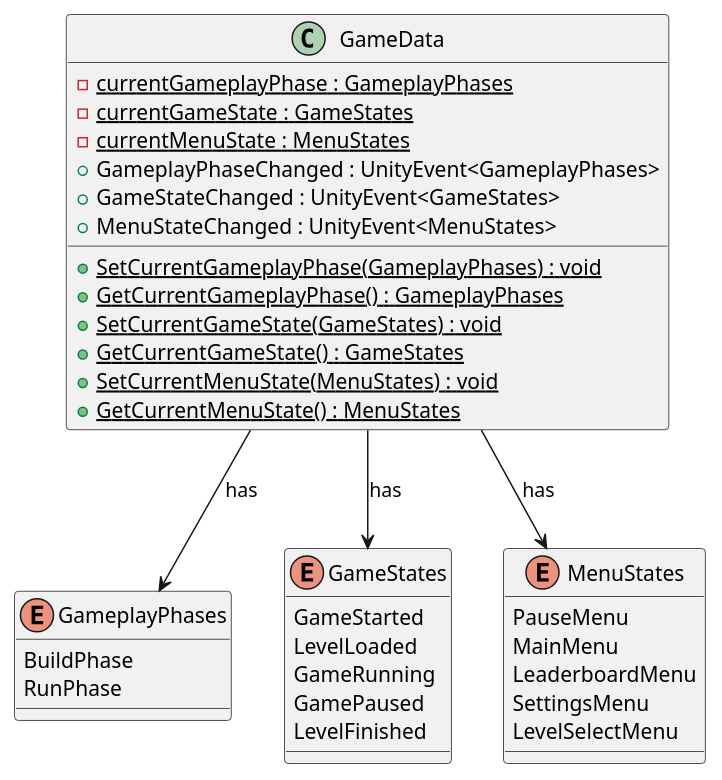
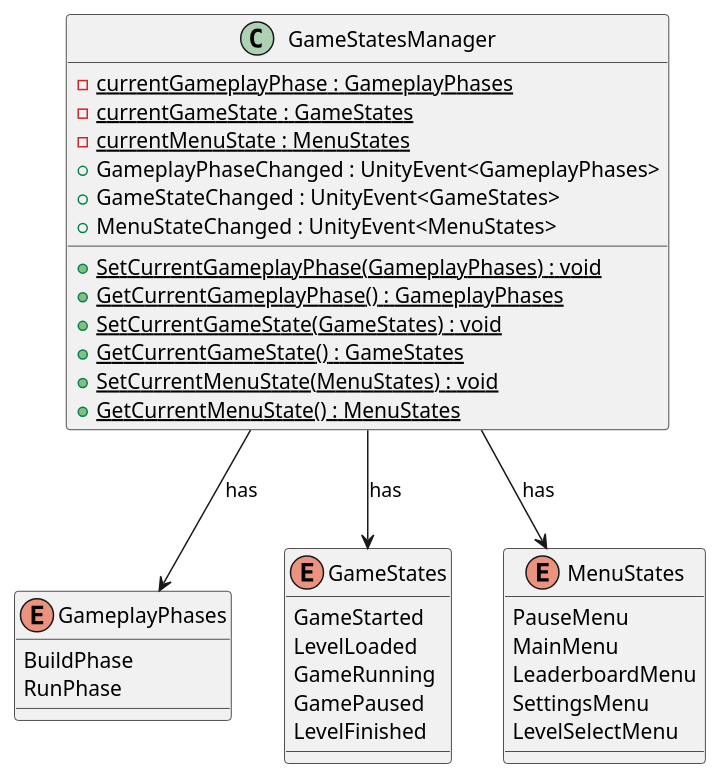
The diagram in UML/GameStatesSystem.puml (CarGAnd/FactoryGameJam), drawn with PlantUML before and after one commit.

Commit message:
[Review] - Alignment of code with UML for GameStatesManager
Quick update to the UML to reflect the implementation of GameStatesManager.

```diff
--- a/UML/GameStatesSystem.puml
+++ b/UML/GameStatesSystem.puml
@@ -1,44 +1,44 @@
-@startuml GameStates
+@startuml GameStatesManager
 
 enum GameplayPhases {
   BuildPhase
   RunPhase
 }
 
 enum GameStates {
   GameStarted
   LevelLoaded
   GameRunning
   GamePaused
   LevelFinished
 }
 
 enum MenuStates {
   PauseMenu
   MainMenu
   LeaderboardMenu
   SettingsMenu
   LevelSelectMenu
 }
 
-class GameData {
+class GameStatesManager {
   - {static} currentGameplayPhase : GameplayPhases
   - {static} currentGameState : GameStates
   - {static} currentMenuState : MenuStates
   + GameplayPhaseChanged : UnityEvent<GameplayPhases>
   + GameStateChanged : UnityEvent<GameStates>
   + MenuStateChanged : UnityEvent<MenuStates>
   
   + {static} SetCurrentGameplayPhase(GameplayPhases) : void
   + {static} GetCurrentGameplayPhase() : GameplayPhases
   + {static} SetCurrentGameState(GameStates) : void
   + {static} GetCurrentGameState() : GameStates
   + {static} SetCurrentMenuState(MenuStates) : void
   + {static} GetCurrentMenuState() : MenuStates
 }
 
-GameData --> GameplayPhases : has
-GameData --> GameStates : has
-GameData --> MenuStates : has
+GameStatesManager --> GameplayPhases : has
+GameStatesManager --> GameStates : has
+GameStatesManager --> MenuStates : has
 
 @enduml
```
